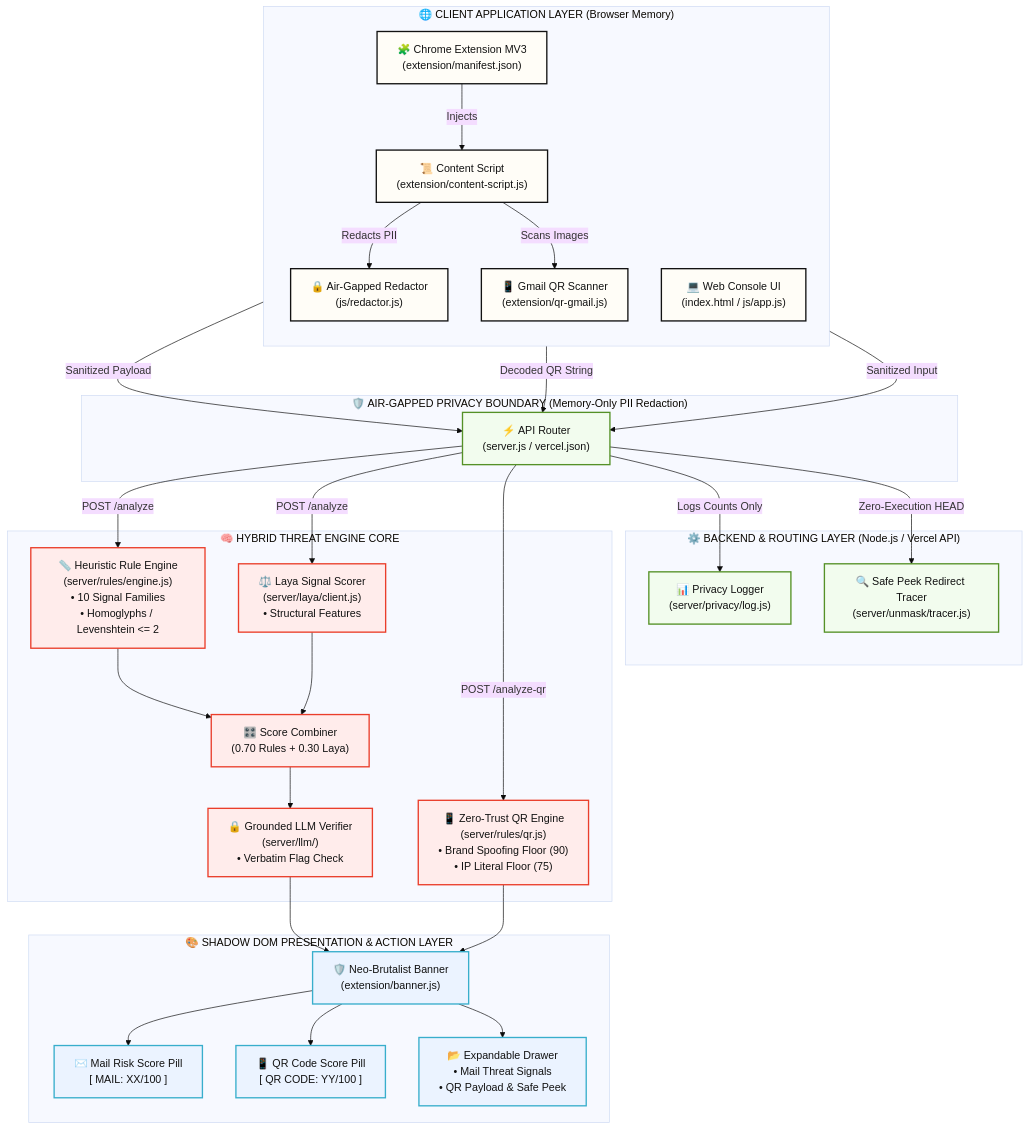
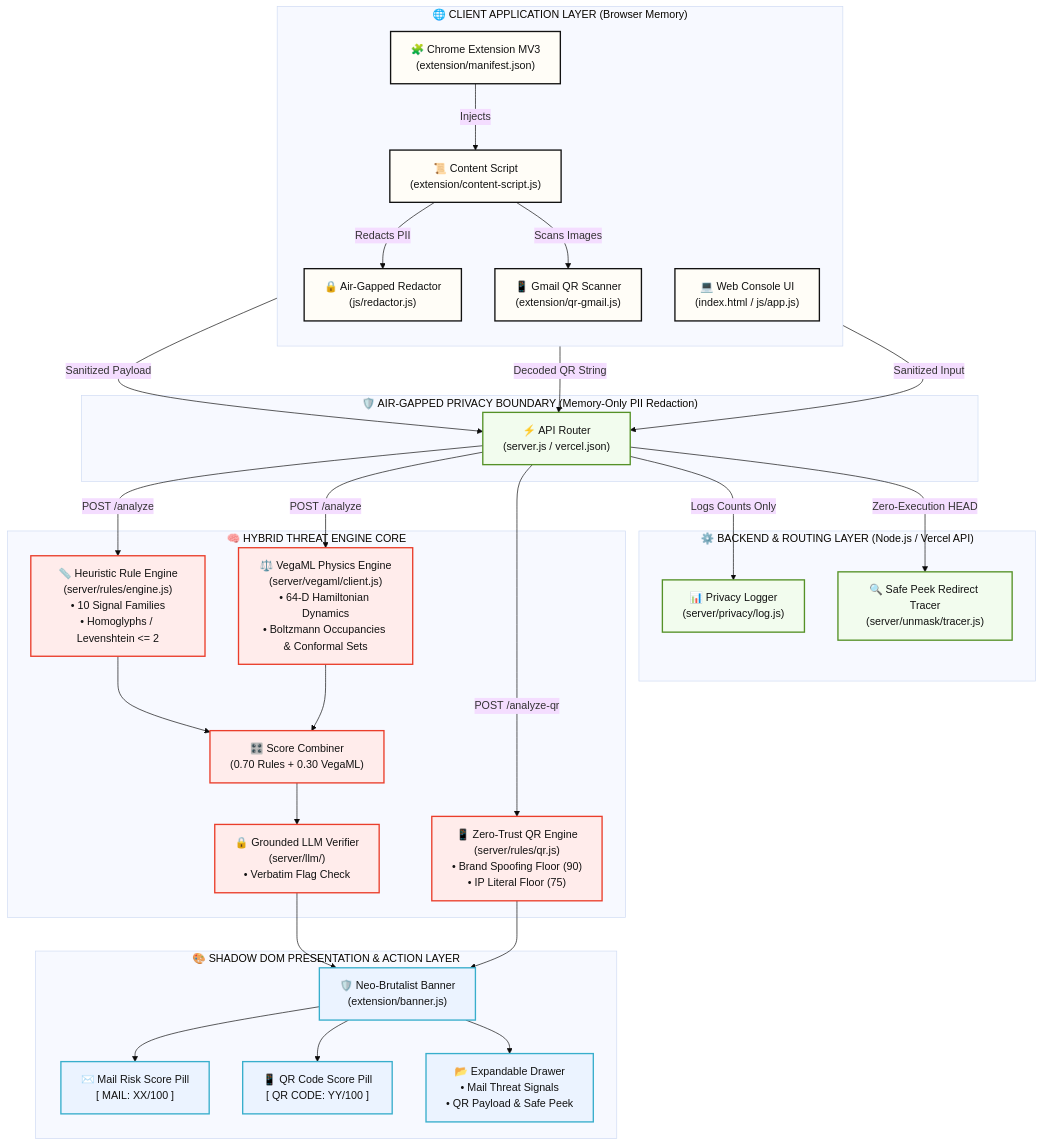
Before and after one commit to VedxntDev/Ratio-d: the fourth of 4 diagrams in README.md, drawn with Mermaid (base theme). The commit also changed other lines of this file and 17 other files, not shown here.

Commit message:
feat(model): integrate VegaML physics-guided typed-decision engine across product

````diff
--- a/README.md
+++ b/README.md
@@ -227,69 +227,69 @@
 ```mermaid
 flowchart TD
     subgraph CLIENT_LAYER ["🌐 CLIENT APPLICATION LAYER (Browser Memory)"]
         direction TB
         EXT["🧩 Chrome Extension MV3<br/>(extension/manifest.json)"]
         CS["📜 Content Script<br/>(extension/content-script.js)"]
         RED["🔒 Air-Gapped Redactor<br/>(js/redactor.js)"]
         QR_SCAN["📱 Gmail QR Scanner<br/>(extension/qr-gmail.js)"]
         WEB_APP["💻 Web Console UI<br/>(index.html / js/app.js)"]
         
         EXT -->|Injects| CS
         CS -->|Redacts PII| RED
         CS -->|Scans Images| QR_SCAN
     end
 
     subgraph PRIVACY_WALL ["🛡️ AIR-GAPPED PRIVACY BOUNDARY (Memory-Only PII Redaction)"]
         RED -->|Sanitized Payload| API_GATEWAY
         QR_SCAN -->|Decoded QR String| API_GATEWAY
         WEB_APP -->|Sanitized Input| API_GATEWAY
     end
 
     subgraph SERVER_LAYER ["⚙️ BACKEND & ROUTING LAYER (Node.js / Vercel API)"]
         API_GATEWAY["⚡ API Router<br/>(server.js / vercel.json)"]
         LOG["📊 Privacy Logger<br/>(server/privacy/log.js)"]
         TRACER["🔍 Safe Peek Redirect Tracer<br/>(server/unmask/tracer.js)"]
 
         API_GATEWAY -->|Logs Counts Only| LOG
         API_GATEWAY -->|Zero-Execution HEAD| TRACER
     end
 
     subgraph DETECTION_CORE ["🧠 HYBRID THREAT ENGINE CORE"]
         RULE["📏 Heuristic Rule Engine<br/>(server/rules/engine.js)<br/>• 10 Signal Families<br/>• Homoglyphs / Levenshtein <= 2"]
-        LAYA["⚖️ Laya Signal Scorer<br/>(server/laya/client.js)<br/>• Structural Features"]
+        VEGAML["⚖️ VegaML Physics Engine<br/>(server/vegaml/client.js)<br/>• 64-D Hamiltonian Dynamics<br/>• Boltzmann Occupancies & Conformal Sets"]
         QR_RULES["📱 Zero-Trust QR Engine<br/>(server/rules/qr.js)<br/>• Brand Spoofing Floor (90)<br/>• IP Literal Floor (75)"]
-        COMBINER["🎛️ Score Combiner<br/>(0.70 Rules + 0.30 Laya)"]
+        COMBINER["🎛️ Score Combiner<br/>(0.70 Rules + 0.30 VegaML)"]
         GROUNDER["🔒 Grounded LLM Verifier<br/>(server/llm/)<br/>• Verbatim Flag Check"]
 
         API_GATEWAY -->|POST /analyze| RULE
-        API_GATEWAY -->|POST /analyze| LAYA
+        API_GATEWAY -->|POST /analyze| VEGAML
         API_GATEWAY -->|POST /analyze-qr| QR_RULES
 
         RULE --> COMBINER
-        LAYA --> COMBINER
+        VEGAML --> COMBINER
         COMBINER --> GROUNDER
     end
 
     subgraph PRESENTATION ["🎨 SHADOW DOM PRESENTATION & ACTION LAYER"]
         BANNER["🛡️ Neo-Brutalist Banner<br/>(extension/banner.js)"]
         MAIL_BADGE["✉️ Mail Risk Score Pill<br/>[ MAIL: XX/100 ]"]
         QR_BADGE["📱 QR Code Score Pill<br/>[ QR CODE: YY/100 ]"]
         DRAWER["📂 Expandable Drawer<br/>• Mail Threat Signals<br/>• QR Payload & Safe Peek"]
 
         GROUNDER --> BANNER
         QR_RULES --> BANNER
         BANNER --> MAIL_BADGE
         BANNER --> QR_BADGE
         BANNER --> DRAWER
     end
 
     classDef clientFill fill:#FFFDF7,stroke:#121212,stroke-width:2px,color:#121212
     classDef serverFill fill:#F2FCEE,stroke:#559127,stroke-width:2px,color:#121212
     classDef engineFill fill:#FFECEB,stroke:#EA3E2B,stroke-width:2px,color:#121212
     classDef renderFill fill:#EBF3FF,stroke:#38AECC,stroke-width:2px,color:#121212
 
     class EXT,CS,RED,QR_SCAN,WEB_APP clientFill
     class API_GATEWAY,LOG,TRACER serverFill
-    class RULE,LAYA,QR_RULES,COMBINER,GROUNDER engineFill
+    class RULE,VEGAML,QR_RULES,COMBINER,GROUNDER engineFill
     class BANNER,MAIL_BADGE,QR_BADGE,DRAWER renderFill
 ```
````
